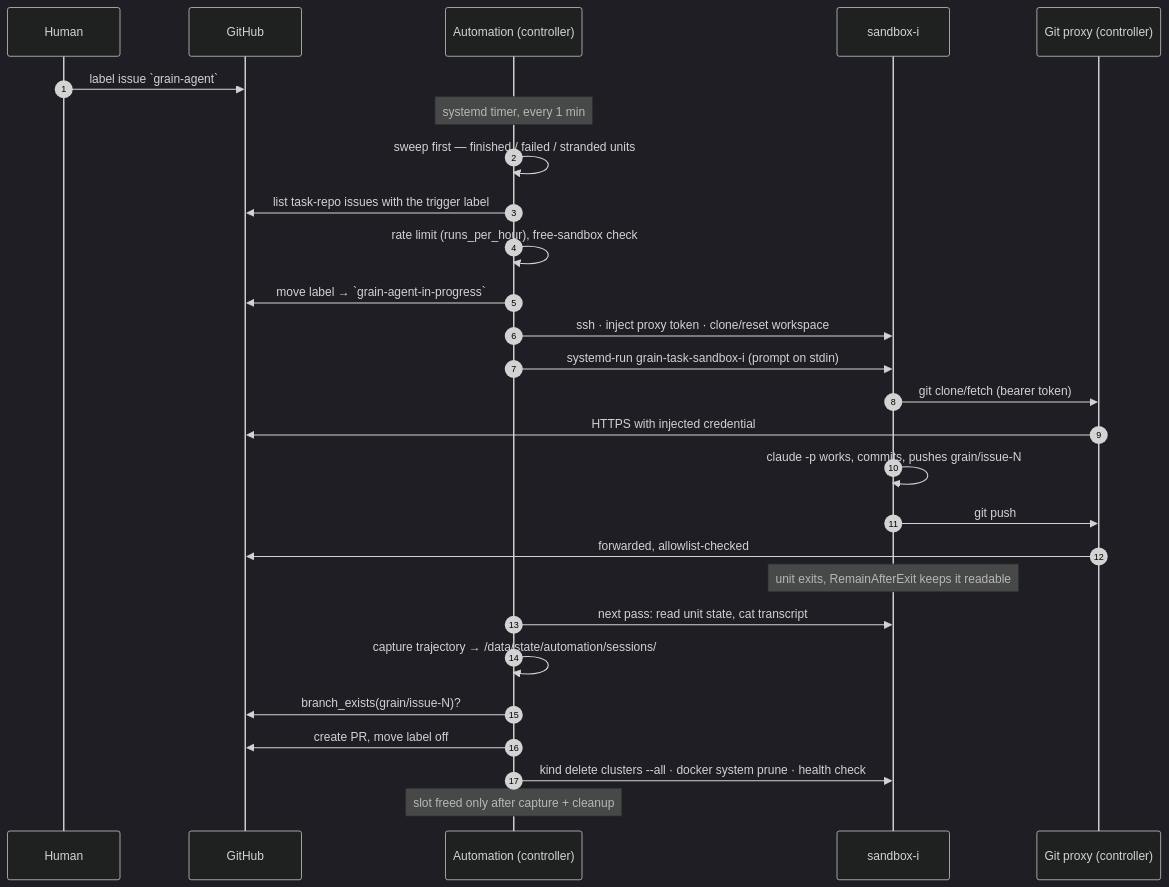
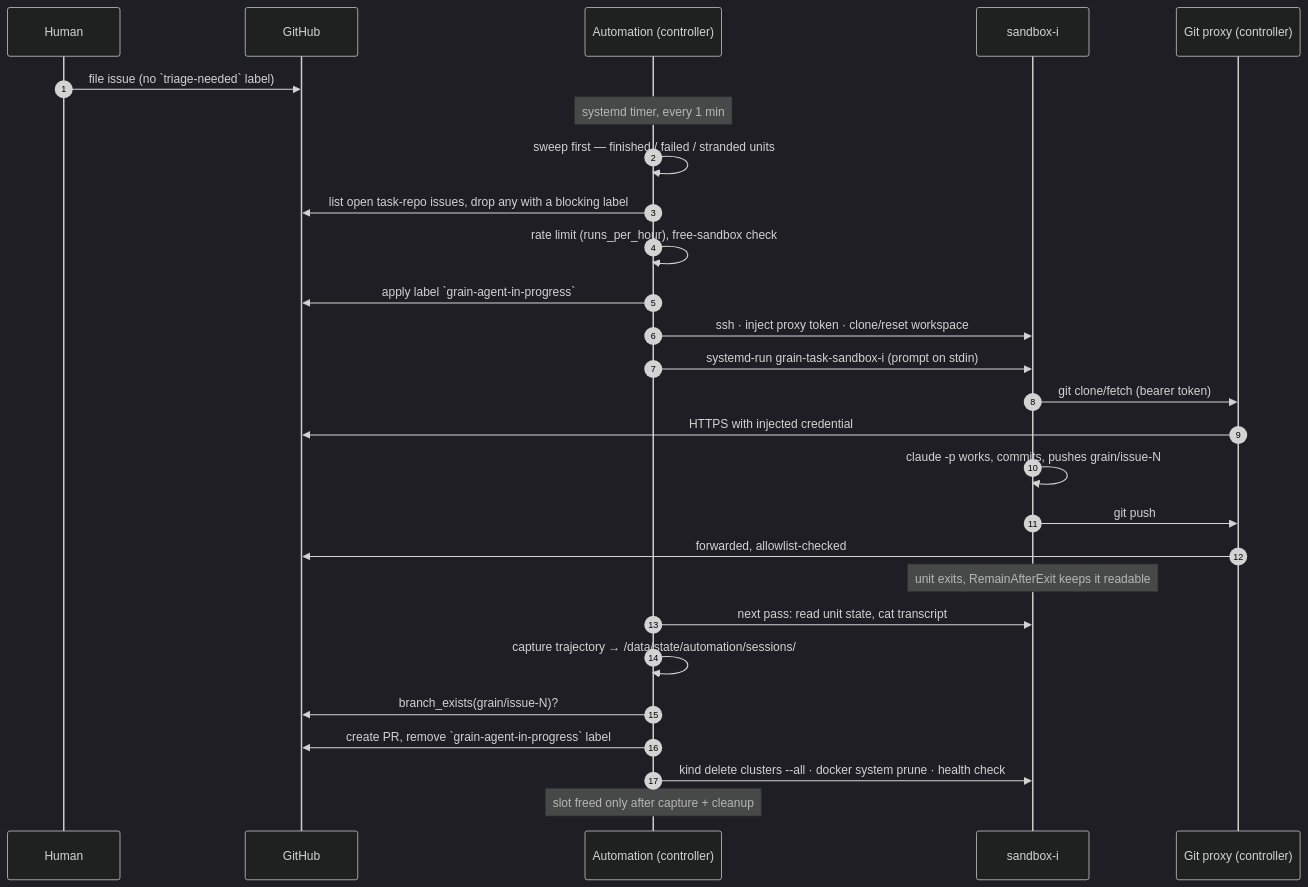
The fifth of 5 diagrams in docs/system-diagram.md (bwsalmon/grain), drawn with Mermaid (dark theme) before and after one commit. The commit also changed other lines of this file and 13 other files, not shown here.

````diff
--- a/docs/system-diagram.md
+++ b/docs/system-diagram.md
@@ -323,30 +323,30 @@
 ```mermaid
 sequenceDiagram
     autonumber
     participant H as Human
     participant GH as GitHub
     participant A as Automation (controller)
     participant S as sandbox-i
     participant P as Git proxy (controller)
 
-    H->>GH: label issue `grain-agent`
+    H->>GH: file issue (no `triage-needed` label)
     Note over A: systemd timer, every 1 min
     A->>A: sweep first — finished / failed / stranded units
-    A->>GH: list task-repo issues with the trigger label
+    A->>GH: list open task-repo issues, drop any with a blocking label
     A->>A: rate limit (runs_per_hour), free-sandbox check
-    A->>GH: move label → `grain-agent-in-progress`
+    A->>GH: apply label `grain-agent-in-progress`
     A->>S: ssh · inject proxy token · clone/reset workspace
     A->>S: systemd-run grain-task-sandbox-i (prompt on stdin)
     S->>P: git clone/fetch (bearer token)
     P->>GH: HTTPS with injected credential
     S->>S: claude -p works, commits, pushes grain/issue-N
     S->>P: git push
     P->>GH: forwarded, allowlist-checked
     Note over S: unit exits, RemainAfterExit keeps it readable
     A->>S: next pass: read unit state, cat transcript
     A->>A: capture trajectory → /data/state/automation/sessions/
     A->>GH: branch_exists(grain/issue-N)?
-    A->>GH: create PR, move label off
+    A->>GH: create PR, remove `grain-agent-in-progress` label
     A->>S: kind delete clusters --all · docker system prune · health check
     Note over A: slot freed only after capture + cleanup
 ```
````
